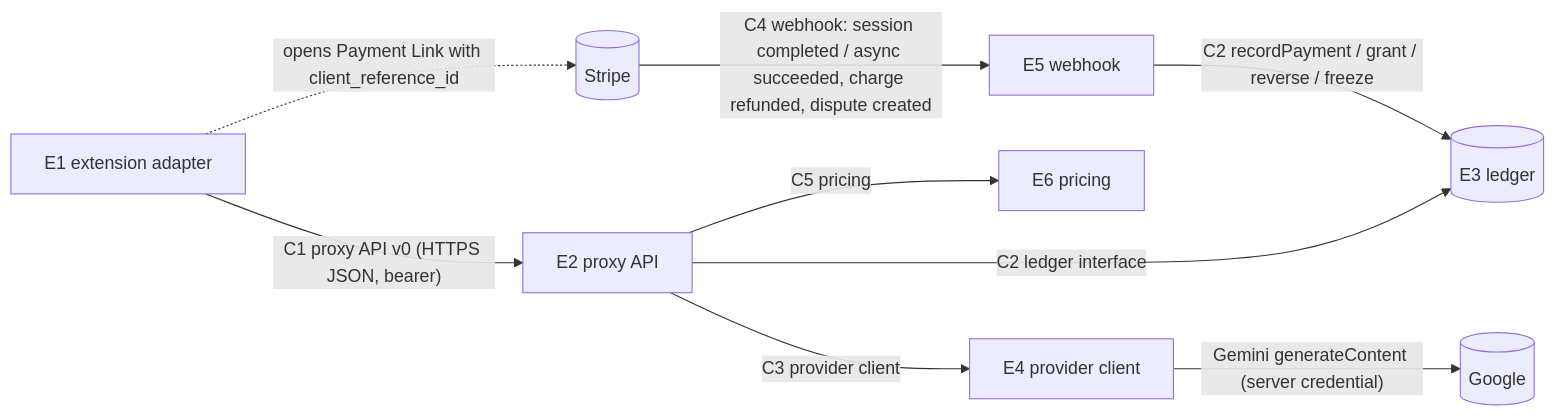
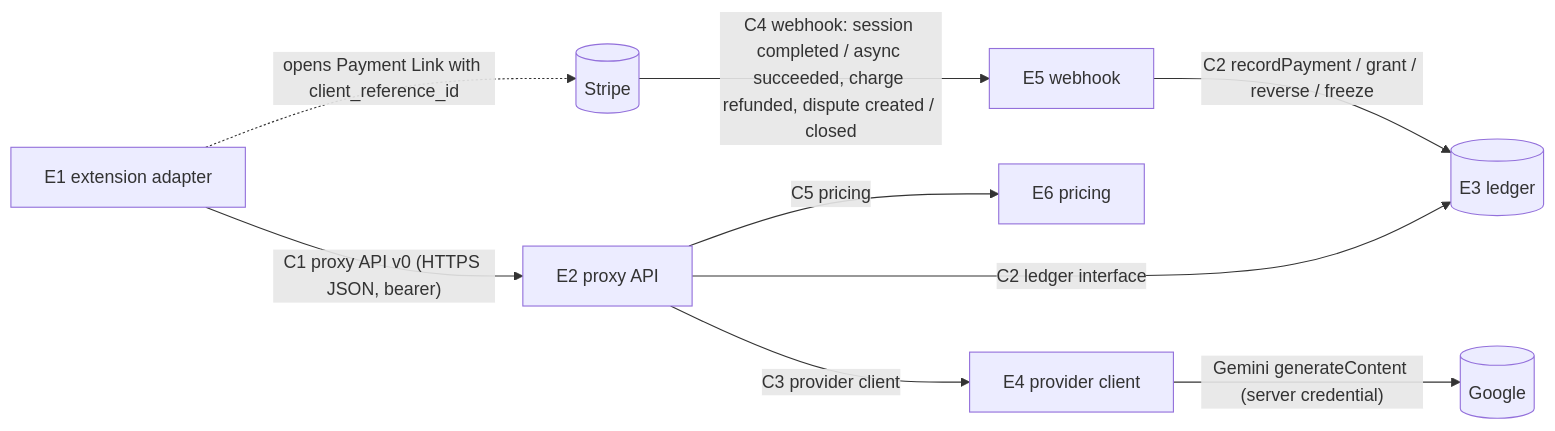
Before and after one commit to tedks/lang-weave: the diagram in docs/specs/managed-key.md, drawn with Mermaid. The commit also changed other lines of this file and 1 other file, not shown here.

First line of the commit message:
Managed-key spec round-11 fixes: refund and dispute evidence kept on the payment record in every state; orphan status derived; dispute.closed handled

````diff
--- a/docs/specs/managed-key.md
+++ b/docs/specs/managed-key.md
@@ -83,11 +83,11 @@
 ```mermaid
 graph LR
   EXT[E1 extension adapter] -- "C1 proxy API v0 (HTTPS JSON, bearer)" --> API[E2 proxy API]
   API -- "C2 ledger interface" --> LED[(E3 ledger)]
   API -- "C3 provider client" --> PROV[E4 provider client]
   PROV -- "Gemini generateContent (server credential)" --> G[(Google)]
   API -- "C5 pricing" --> PR[E6 pricing]
-  STR[(Stripe)] -- "C4 webhook: session completed / async succeeded, charge refunded, dispute created" --> WH[E5 webhook]
+  STR[(Stripe)] -- "C4 webhook: session completed / async succeeded, charge refunded, dispute created / closed" --> WH[E5 webhook]
   WH -- "C2 recordPayment / grant / reverse / freeze" --> LED
   EXT -. "opens Payment Link with client_reference_id" .-> STR
 ```
````
